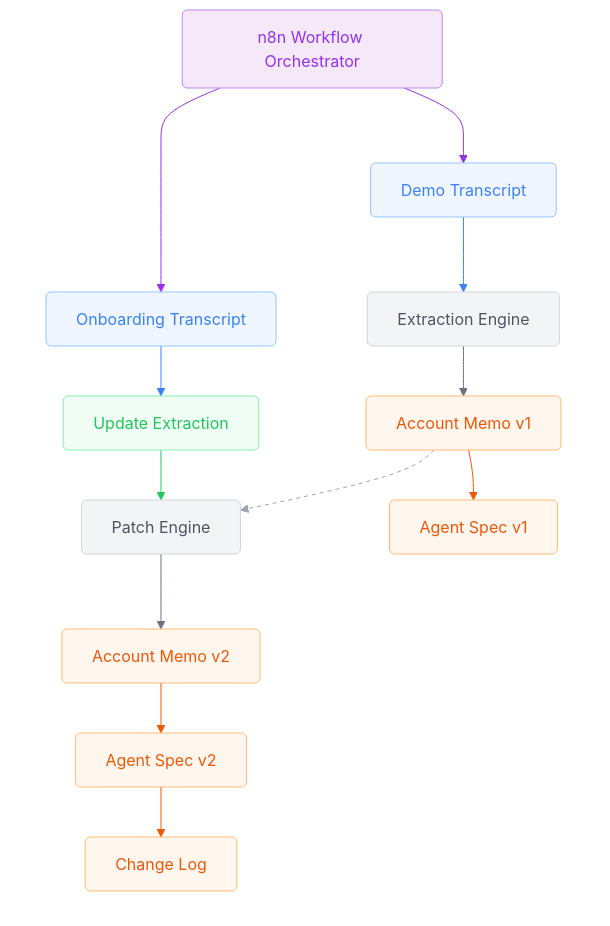
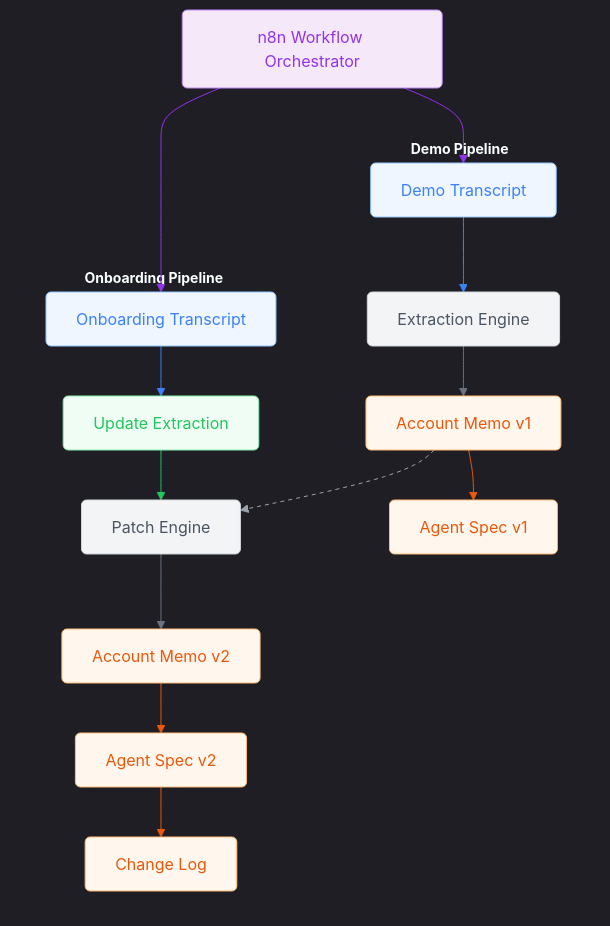
Before and after one commit to Soumik-R/clara-agent-pipeline: the second of 2 diagrams in README.md, drawn with Mermaid. The commit also changed other lines of this file, not shown here.

````diff
--- a/README.md
+++ b/README.md
@@ -153,56 +154,57 @@
 ```mermaid
+%%{init: {'theme': 'dark'}}%%
 graph TD
     classDef purple fill:#f5e8f9,stroke:#c084fc,stroke-width:1px,color:#9333ea,rx:5px,ry:5px;
     classDef blue fill:#eff6ff,stroke:#93c5fd,stroke-width:1px,color:#3b82f6,rx:5px,ry:5px;
     classDef grey fill:#f3f4f6,stroke:#d1d5db,stroke-width:1px,color:#4b5563,rx:5px,ry:5px;
     classDef green fill:#f0fdf4,stroke:#86efac,stroke-width:1px,color:#22c55e,rx:5px,ry:5px;
     classDef orange fill:#fff7ed,stroke:#fdba74,stroke-width:1px,color:#ea580c,rx:5px,ry:5px;
 
-    style DemoPhase fill:transparent,stroke:none,color:#fff,font-weight:bold,font-size:14px;
-    style OnboardingPhase fill:transparent,stroke:none,color:#fff,font-weight:bold,font-size:14px;
+    style DemoPhase fill:transparent,stroke:none,font-weight:bold,font-size:14px;
+    style OnboardingPhase fill:transparent,stroke:none,font-weight:bold,font-size:14px;
 
     O[n8n Workflow Orchestrator]:::purple
 
     subgraph DemoPhase ["Demo Pipeline"]
         A[Demo Transcript]:::blue
         B[Extraction Engine]:::grey
         C[Account Memo v1]:::orange
         D[Agent Spec v1]:::orange
 
         A --> B
         B --> C
         C --> D
     end
 
     subgraph OnboardingPhase ["Onboarding Pipeline"]
         E[Onboarding Transcript]:::blue
         F[Update Extraction]:::green
         G[Patch Engine]:::grey
         H[Account Memo v2]:::orange
         I[Agent Spec v2]:::orange
         J[Change Log]:::orange
 
         E --> F
         F --> G
         G --> H
         H --> I
         I --> J
     end
 
     O --> A
     O --> E
     
     C -.-> G
 
     linkStyle 0 stroke:#3b82f6,stroke-width:1px;
     linkStyle 1 stroke:#6b7280,stroke-width:1px;
     linkStyle 2 stroke:#ea580c,stroke-width:1px;
     linkStyle 3 stroke:#3b82f6,stroke-width:1px;
     linkStyle 4 stroke:#22c55e,stroke-width:1px;
     linkStyle 5 stroke:#6b7280,stroke-width:1px;
     linkStyle 6 stroke:#ea580c,stroke-width:1px;
     linkStyle 7 stroke:#ea580c,stroke-width:1px;
     linkStyle 8 stroke:#9333ea,stroke-width:1px;
     linkStyle 9 stroke:#9333ea,stroke-width:1px;
     linkStyle 10 stroke:#9ca3af,stroke-width:1px,stroke-dasharray: 4 4;
 ```
````
